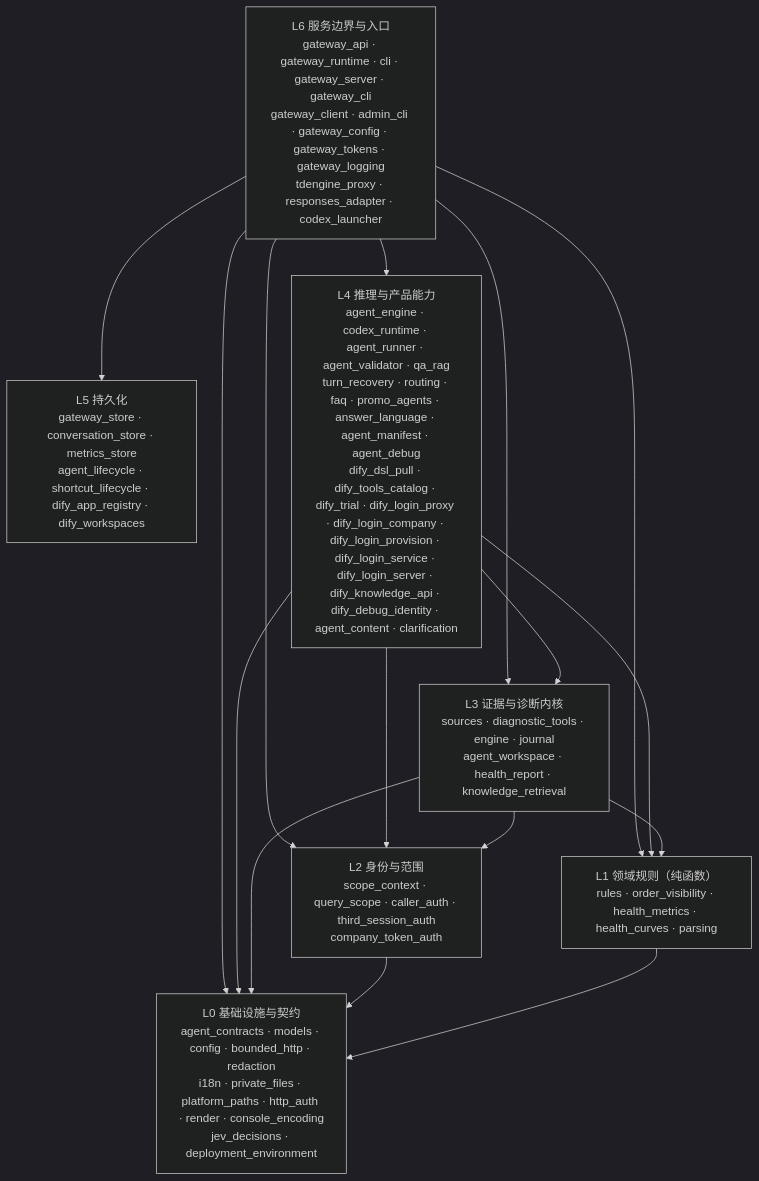
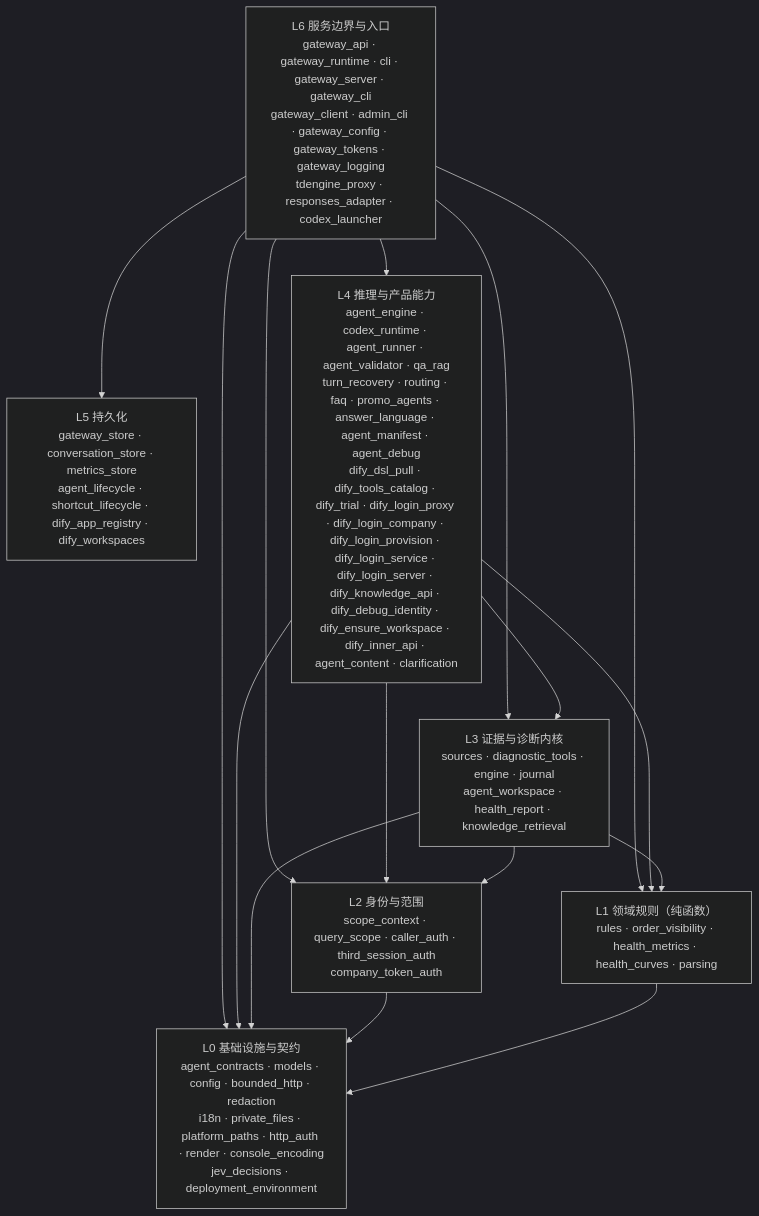
One commit to kilbertert/AI-Ops changed the diagram in README.md. Above: the diagram before and after it, drawn with Mermaid (dark theme). The commit also changed other lines of this file and 13 other files, not shown here.

First line of the commit message:
feat(dify): ensure-workspace —— 把租户 workspace 真的建出来，幂等且可恢复 (#880)

````diff
--- a/README.md
+++ b/README.md
@@ -183,26 +183,26 @@
 ```mermaid
 flowchart TB
     L6["L6 服务边界与入口<br/>gateway_api · gateway_runtime · cli · gateway_server · gateway_cli<br/>gateway_client · admin_cli · gateway_config · gateway_tokens · gateway_logging<br/>tdengine_proxy · responses_adapter · codex_launcher"]
     L5["L5 持久化<br/>gateway_store · conversation_store · metrics_store<br/>agent_lifecycle · shortcut_lifecycle · dify_app_registry · dify_workspaces"]
-    L4["L4 推理与产品能力<br/>agent_engine · codex_runtime · agent_runner · agent_validator · qa_rag<br/>turn_recovery · routing · faq · promo_agents · answer_language · agent_manifest · agent_debug<br/>dify_dsl_pull · dify_tools_catalog · dify_trial · dify_login_proxy · dify_login_company · dify_login_provision · dify_login_service · dify_login_server · dify_knowledge_api · dify_debug_identity · agent_content · clarification"]
+    L4["L4 推理与产品能力<br/>agent_engine · codex_runtime · agent_runner · agent_validator · qa_rag<br/>turn_recovery · routing · faq · promo_agents · answer_language · agent_manifest · agent_debug<br/>dify_dsl_pull · dify_tools_catalog · dify_trial · dify_login_proxy · dify_login_company · dify_login_provision · dify_login_service · dify_login_server · dify_knowledge_api · dify_debug_identity · dify_ensure_workspace · dify_inner_api · agent_content · clarification"]
     L3["L3 证据与诊断内核<br/>sources · diagnostic_tools · engine · journal<br/>agent_workspace · health_report · knowledge_retrieval"]
     L2["L2 身份与范围<br/>scope_context · query_scope · caller_auth · third_session_auth<br/>company_token_auth"]
     L1["L1 领域规则（纯函数）<br/>rules · order_visibility · health_metrics · health_curves · parsing"]
     L0["L0 基础设施与契约<br/>agent_contracts · models · config · bounded_http · redaction<br/>i18n · private_files · platform_paths · http_auth · render · console_encoding<br/>jev_decisions · deployment_environment"]
 
     L6 --> L5
     L6 --> L4
     L6 --> L3
     L6 --> L2
     L6 --> L1
     L6 --> L0
     L4 --> L3
     L4 --> L2
     L4 --> L1
     L4 --> L0
     L3 --> L2
     L3 --> L1
     L3 --> L0
     L2 --> L0
     L1 --> L0
 ```
````
